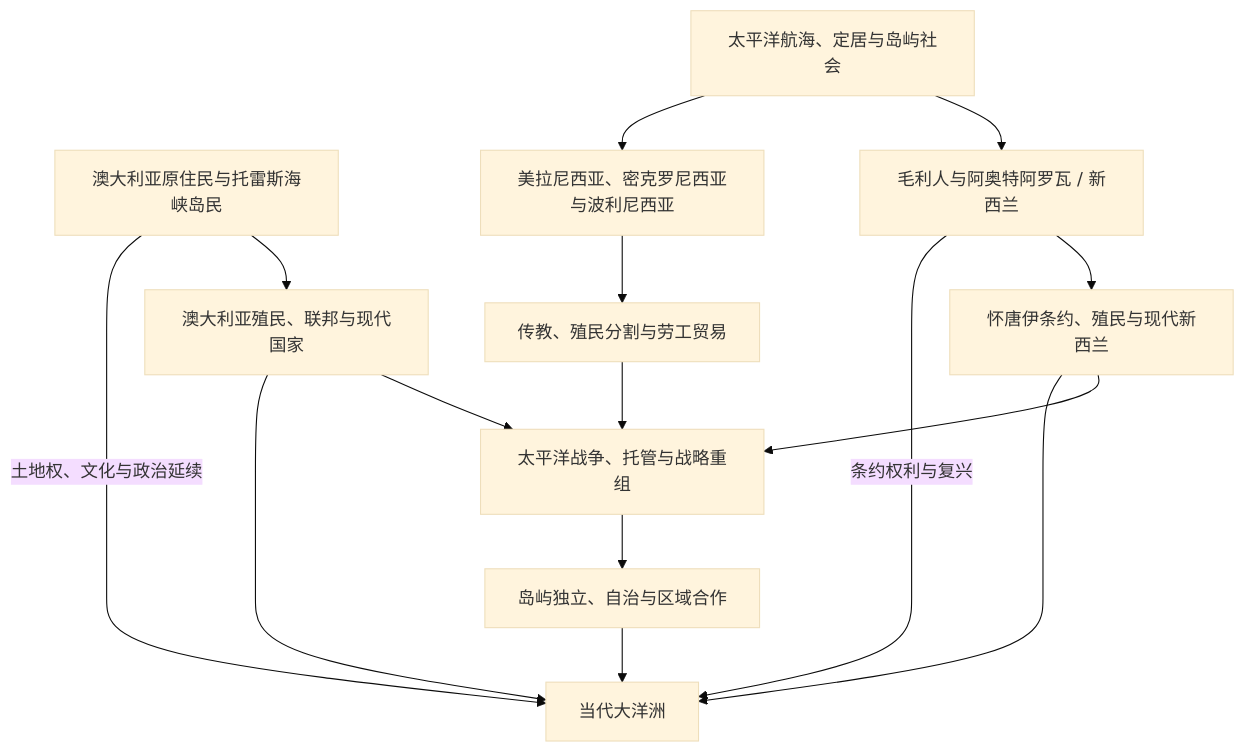
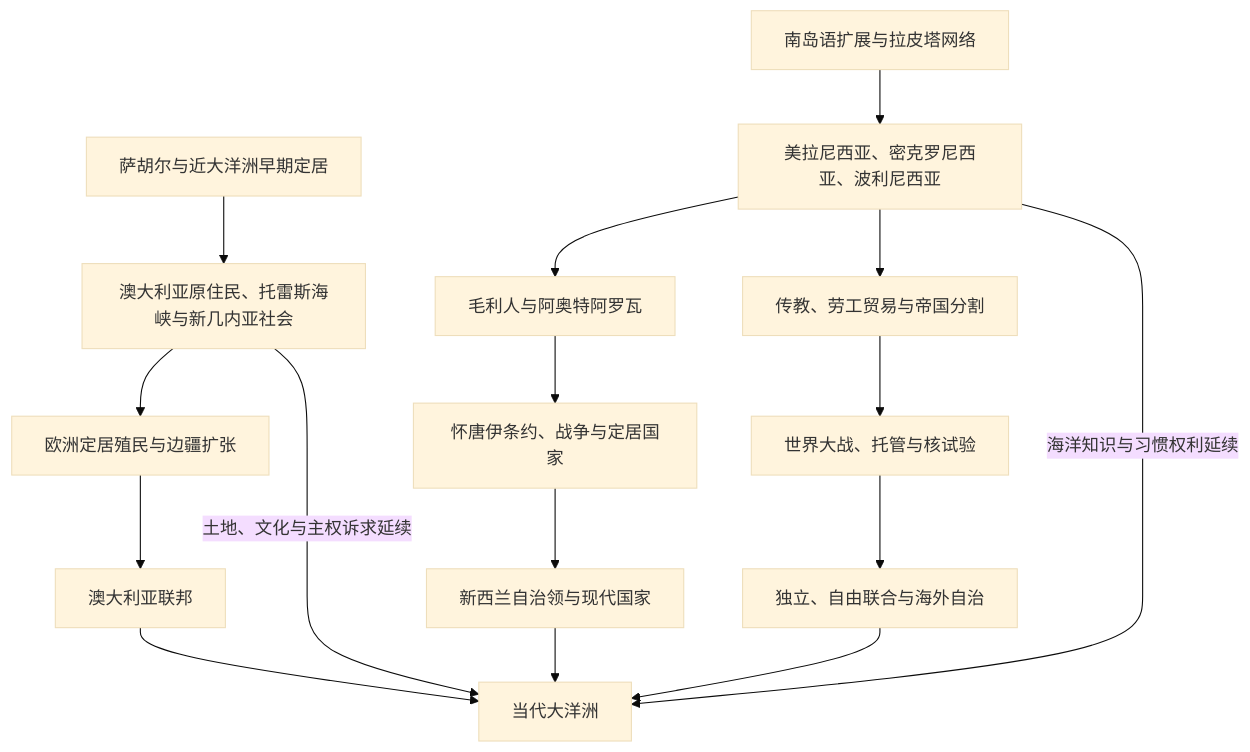
The diagram in 人文科学/历史/大洋洲/README.md (tianlan-dev/learning-notes), drawn with Mermaid (base theme) before and after one commit. The commit also changed other lines of this file and 1417 other files, not shown here.

````diff
--- a/人文科学/历史/大洋洲/README.md
+++ b/人文科学/历史/大洋洲/README.md
@@ -14,17 +20,18 @@
 ```mermaid
 flowchart TD
-    FirstPeoples["澳大利亚原住民与托雷斯海峡岛民"] --> Australia["澳大利亚殖民、联邦与现代国家"]
-    PacificSettlement["太平洋航海、定居与岛屿社会"] --> Maori["毛利人与阿奥特阿罗瓦 / 新西兰"]
-    PacificSettlement --> IslandGroups["美拉尼西亚、密克罗尼西亚与波利尼西亚"]
-    Maori --> NZ["怀唐伊条约、殖民与现代新西兰"]
-    IslandGroups --> Colonial["传教、殖民分割与劳工贸易"]
-    Australia --> PacificWar["太平洋战争、托管与战略重组"]
-    NZ --> PacificWar
-    Colonial --> PacificWar
-    PacificWar --> Independence["岛屿独立、自治与区域合作"]
-    FirstPeoples -->|土地权、文化与政治延续| Modern["当代大洋洲"]
-    Maori -->|条约权利与复兴| Modern
-    Independence --> Modern
-    Australia --> Modern
-    NZ --> Modern
+    Sahul["萨胡尔与近大洋洲早期定居"] --> First["澳大利亚原住民、托雷斯海峡与新几内亚社会"]
+    Austro["南岛语扩展与拉皮塔网络"] --> Islands["美拉尼西亚、密克罗尼西亚、波利尼西亚"]
+    Islands --> Maori["毛利人与阿奥特阿罗瓦"]
+    First --> Colonies["欧洲定居殖民与边疆扩张"]
+    Islands --> Divide["传教、劳工贸易与帝国分割"]
+    Maori --> Treaty["怀唐伊条约、战争与定居国家"]
+    Colonies --> Australia["澳大利亚联邦"]
+    Treaty --> NewZealand["新西兰自治领与现代国家"]
+    Divide --> War["世界大战、托管与核试验"]
+    War --> Decol["独立、自由联合与海外自治"]
+    Australia --> Present["当代大洋洲"]
+    NewZealand --> Present
+    Decol --> Present
+    First -->|土地、文化与主权诉求延续| Present
+    Islands -->|海洋知识与习惯权利延续| Present
 ```
````
